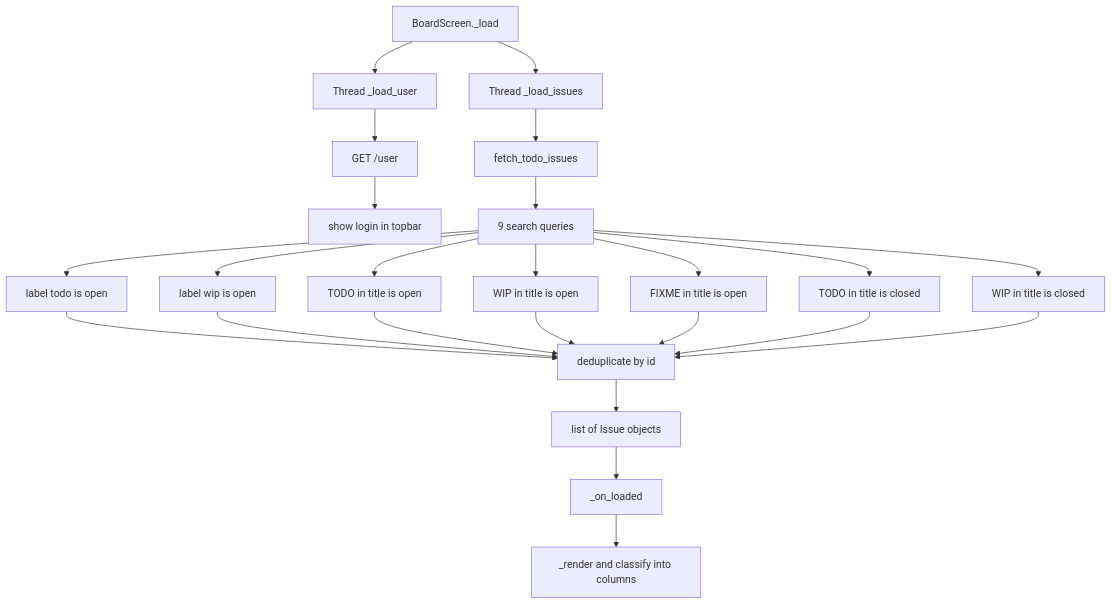
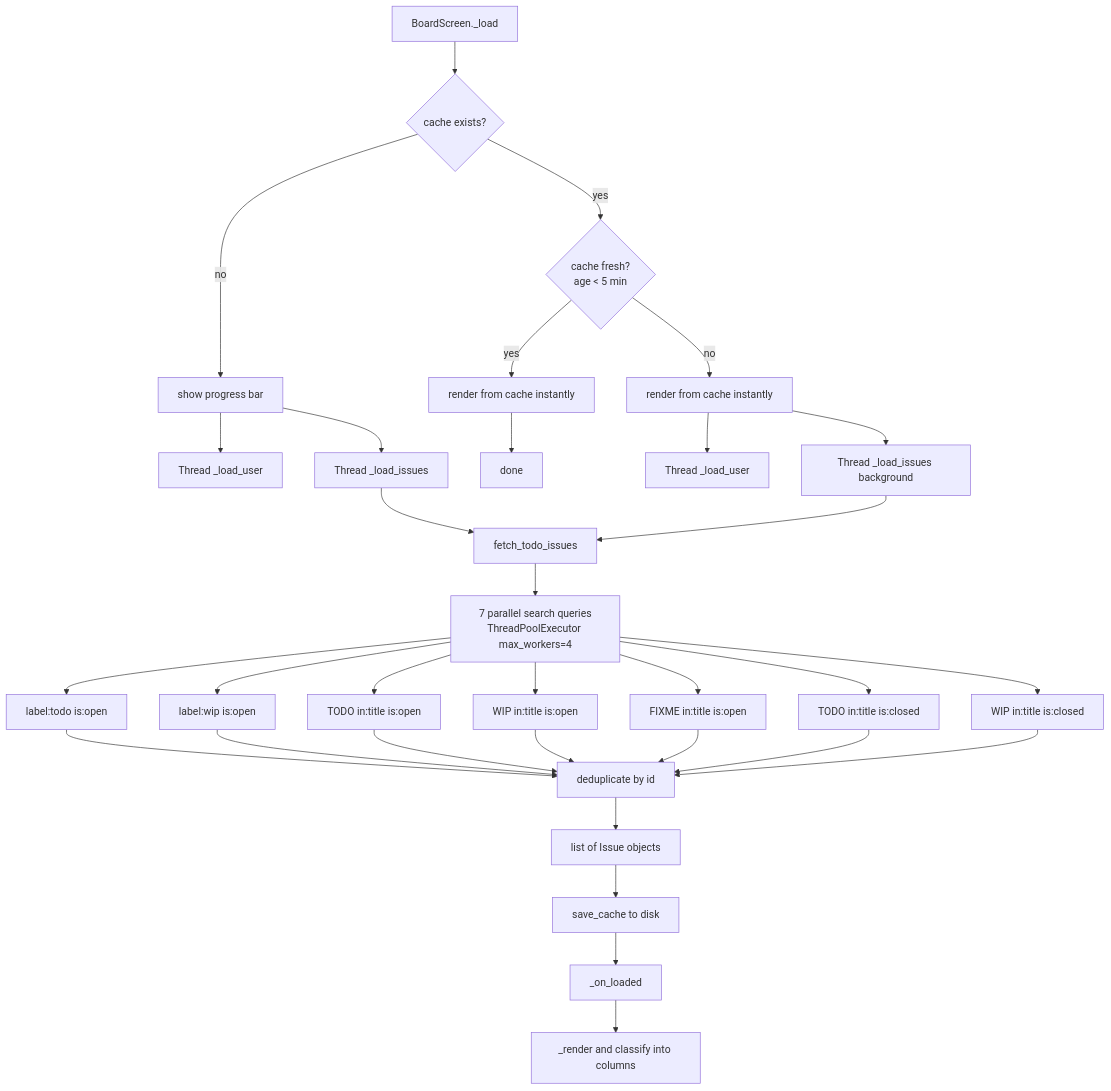
One commit to Gabriel-V-Maia/issueboard changed the third of 7 diagrams in ARCHITECTURE.md. Above: the diagram before and after it, drawn with Mermaid. The commit also changed other lines of this file, not shown here.

Commit message:
docs: revise architecture documentation and add cache details
Updated architecture documentation with new flows and cache strategy.

````diff
--- a/ARCHITECTURE.md
+++ b/ARCHITECTURE.md
@@ -87,20 +85,27 @@
 ```mermaid
 flowchart TD
-    A[BoardScreen._load] --> B[Thread _load_user]
-    A --> C[Thread _load_issues]
-    B --> D[GET /user]
-    D --> E[show login in topbar]
-    C --> F[fetch_todo_issues]
-    F --> G[9 search queries]
-    G --> G1[label todo is open]
-    G --> G2[label wip is open]
-    G --> G3[TODO in title is open]
-    G --> G4[WIP in title is open]
-    G --> G5[FIXME in title is open]
-    G --> G6[TODO in title is closed]
-    G --> G7[WIP in title is closed]
-    G1 & G2 & G3 & G4 & G5 & G6 & G7 --> H[deduplicate by id]
-    H --> I[list of Issue objects]
-    I --> J[_on_loaded]
-    J --> K[_render and classify into columns]
+    A[BoardScreen._load] --> B{cache exists?}
+    B -- no --> C[show progress bar]
+    C --> D[Thread _load_user]
+    C --> E[Thread _load_issues]
+    B -- yes --> F{cache fresh?\nage < 5 min}
+    F -- yes --> G[render from cache instantly]
+    G --> Z[done]
+    F -- no --> H[render from cache instantly]
+    H --> I[Thread _load_user]
+    H --> J[Thread _load_issues background]
+    E & J --> K[fetch_todo_issues]
+    K --> L[7 parallel search queries\nThreadPoolExecutor max_workers=4]
+    L --> L1[label:todo is:open]
+    L --> L2[label:wip is:open]
+    L --> L3[TODO in:title is:open]
+    L --> L4[WIP in:title is:open]
+    L --> L5[FIXME in:title is:open]
+    L --> L6[TODO in:title is:closed]
+    L --> L7[WIP in:title is:closed]
+    L1 & L2 & L3 & L4 & L5 & L6 & L7 --> M[deduplicate by id]
+    M --> N[list of Issue objects]
+    N --> O[save_cache to disk]
+    O --> P[_on_loaded]
+    P --> Q[_render and classify into columns]
 ```
````
